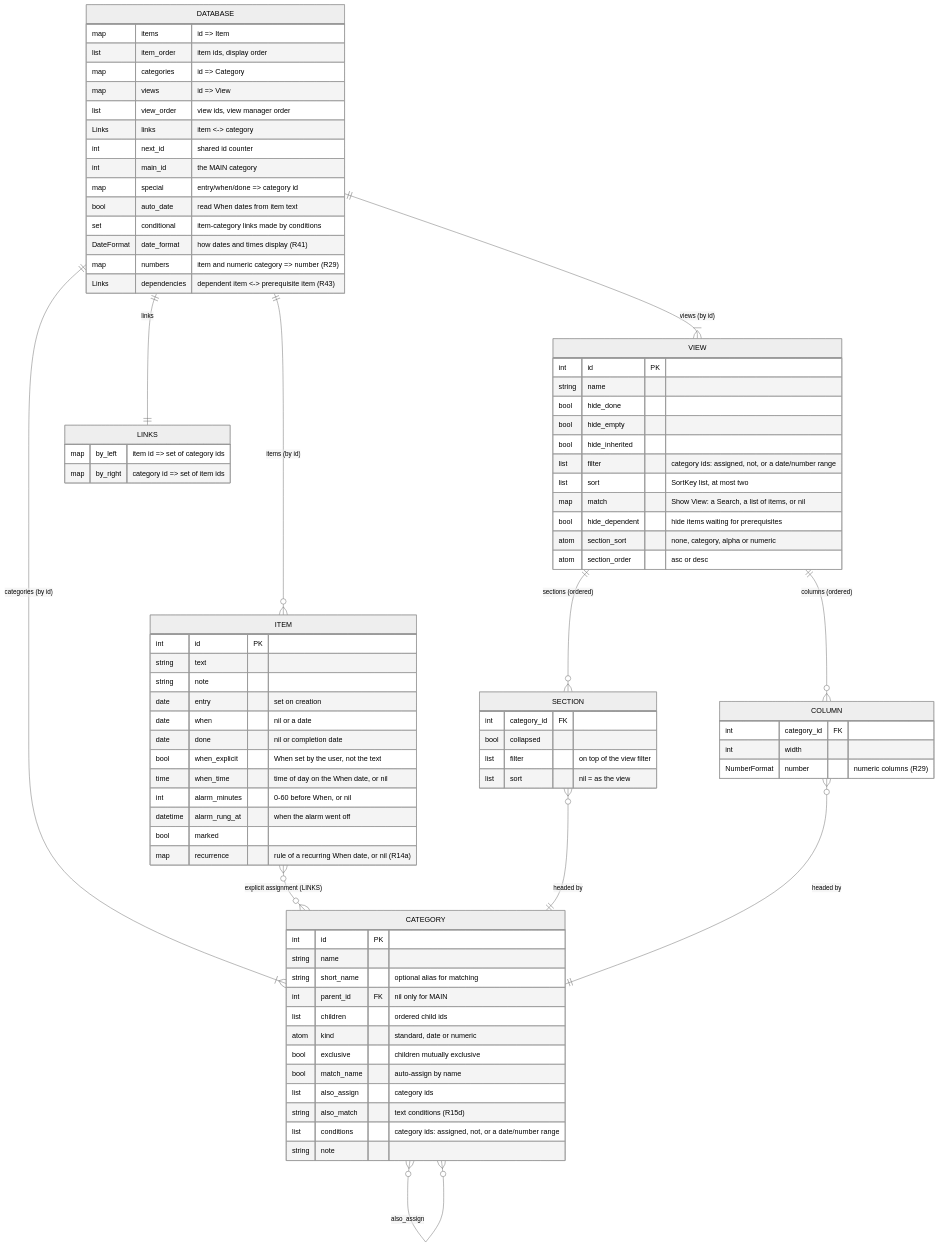
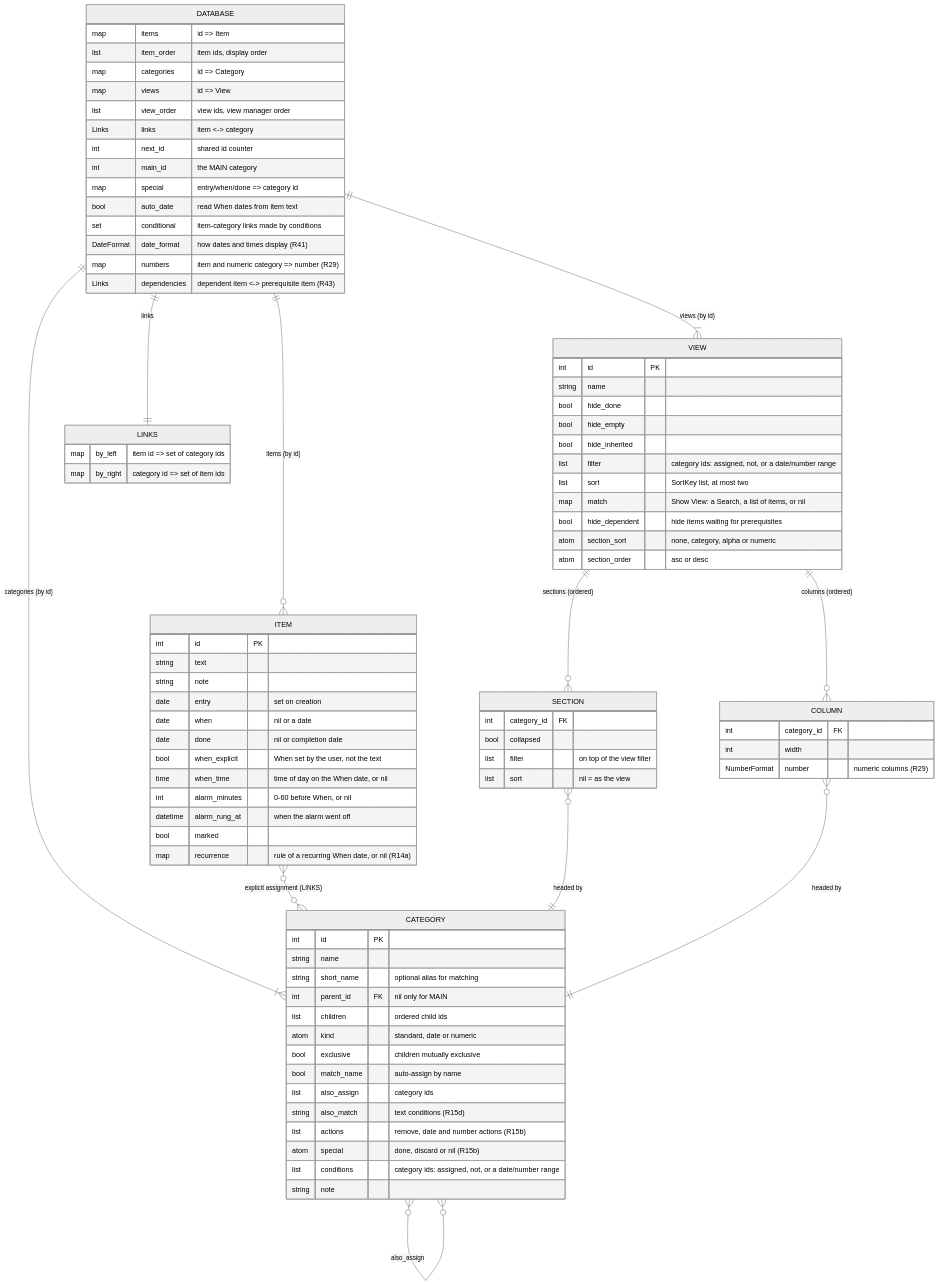
Before and after one commit to jamting/agendum: the first of 6 diagrams in docs/DATA_MODEL.md, drawn with Mermaid (neutral theme). The commit also changed other lines of this file and 14 other files, not shown here.

```diff
--- a/docs/DATA_MODEL.md
+++ b/docs/DATA_MODEL.md
@@ -64,6 +64,8 @@
         bool match_name "auto-assign by name"
         list also_assign "category ids"
         string also_match "text conditions (R15d)"
+        list actions "remove, date and number actions (R15b)"
+        atom special "done, discard or nil (R15b)"
         list conditions "category ids: assigned, not, or a date/number range"
         string note
     }
```
